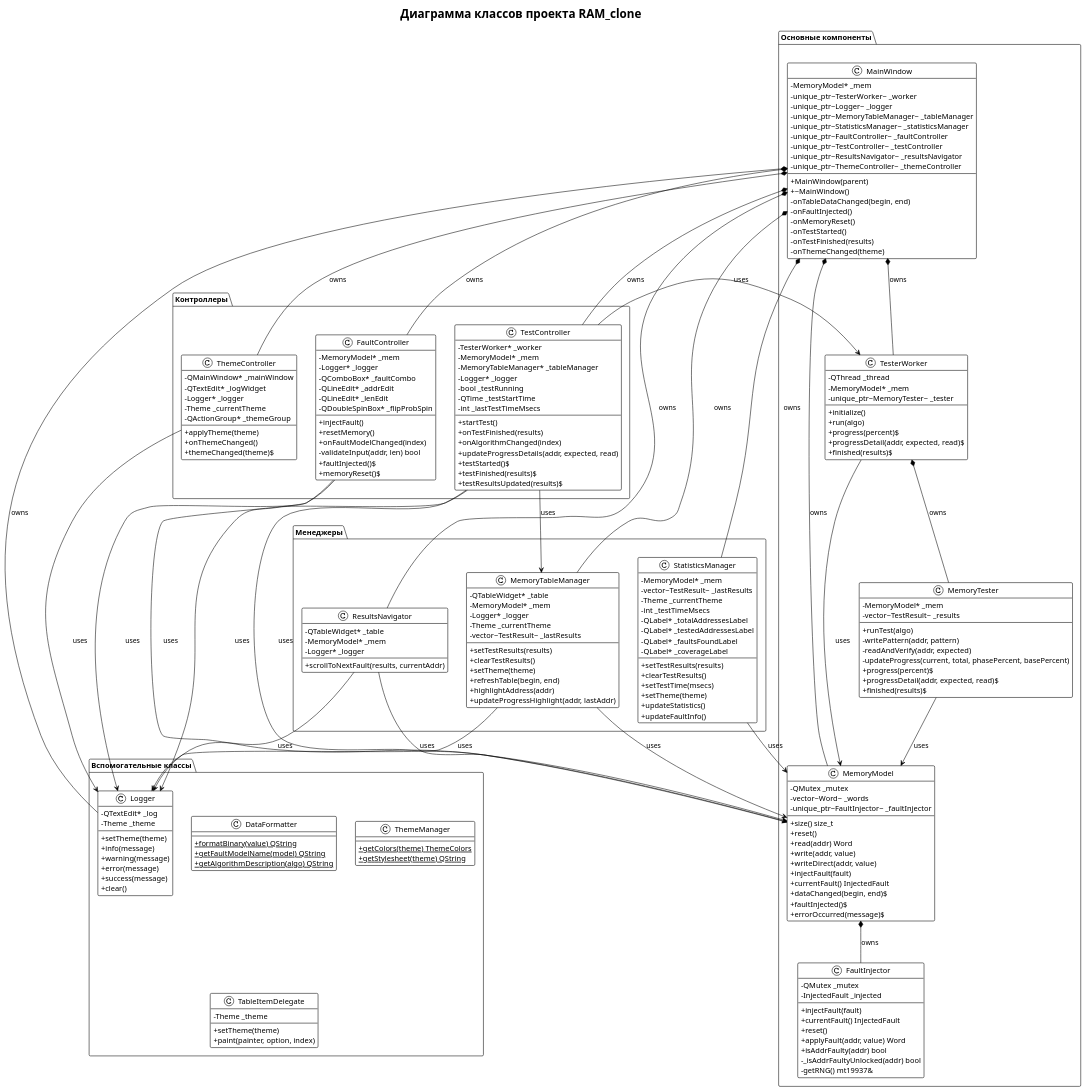
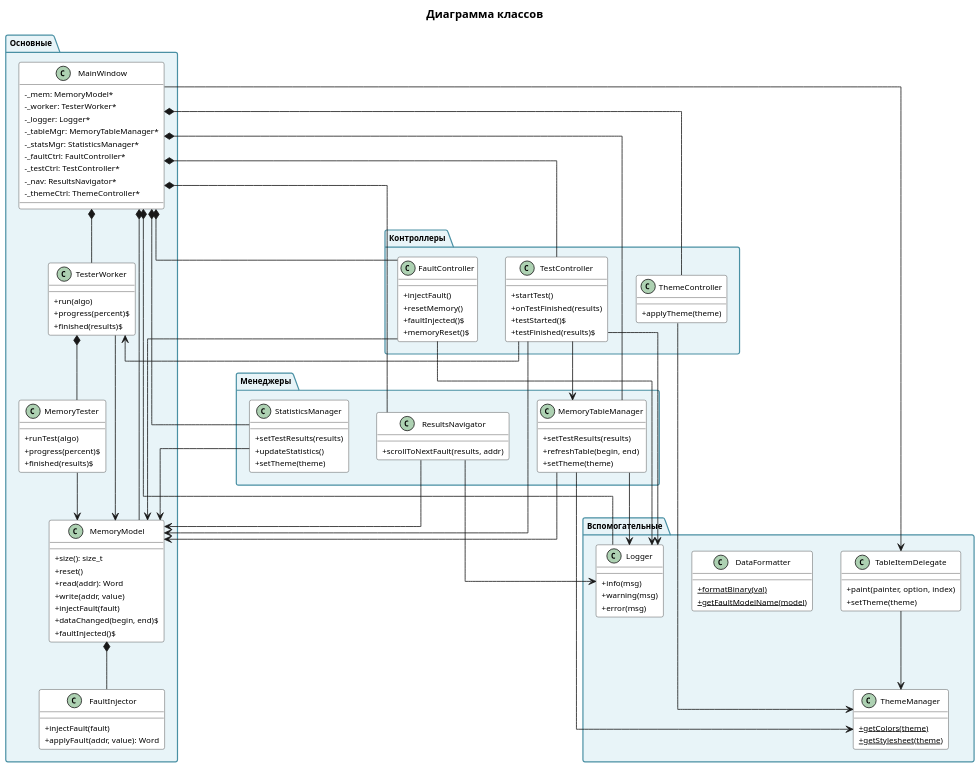
Before and after one commit to Jalet-fry/RAM_clone: the diagram in docs/class_diagram.puml, drawn with PlantUML. The commit also changed 35 other files, not shown here.

Commit message:
docs and diagrams

```diff
--- a/docs/class_diagram.puml
+++ b/docs/class_diagram.puml
@@ -1,225 +1,165 @@
 @startuml class_diagram
-!theme plain
-skinparam classAttributeIconSize 0
+scale 1.5
+skinparam {
+    shadowing false
+    linetype ortho
+    classAttributeIconSize 0
+    classFontSize 10
+    defaultFontSize 10
+    padding 1
+}
 
-title Диаграмма классов проекта RAM_clone
+skinparam package {
+    BackgroundColor #E8F4F8
+    BorderColor #4A90A4
+}
 
-package "Основные компоненты" {
+skinparam class {
+    BackgroundColor #FFF
+    BorderColor #333
+}
+
+title Диаграмма классов
+
+package "Основные" {
     class MainWindow {
-        -MemoryModel* _mem
-        -unique_ptr~TesterWorker~ _worker
-        -unique_ptr~Logger~ _logger
-        -unique_ptr~MemoryTableManager~ _tableManager
-        -unique_ptr~StatisticsManager~ _statisticsManager
-        -unique_ptr~FaultController~ _faultController
-        -unique_ptr~TestController~ _testController
-        -unique_ptr~ResultsNavigator~ _resultsNavigator
-        -unique_ptr~ThemeController~ _themeController
-        +MainWindow(parent)
-        +~MainWindow()
-        -onTableDataChanged(begin, end)
-        -onFaultInjected()
-        -onMemoryReset()
-        -onTestStarted()
-        -onTestFinished(results)
-        -onThemeChanged(theme)
+        -_mem: MemoryModel*
+        -_worker: TesterWorker*
+        -_logger: Logger*
+        -_tableMgr: MemoryTableManager*
+        -_statsMgr: StatisticsManager*
+        -_faultCtrl: FaultController*
+        -_testCtrl: TestController*
+        -_nav: ResultsNavigator*
+        -_themeCtrl: ThemeController*
     }
 
     class MemoryModel {
-        -QMutex _mutex
-        -vector~Word~ _words
-        -unique_ptr~FaultInjector~ _faultInjector
-        +size() size_t
+        +size(): size_t
         +reset()
-        +read(addr) Word
+        +read(addr): Word
         +write(addr, value)
-        +writeDirect(addr, value)
         +injectFault(fault)
-        +currentFault() InjectedFault
         +dataChanged(begin, end)$
         +faultInjected()$
-        +errorOccurred(message)$
     }
 
     class FaultInjector {
-        -QMutex _mutex
-        -InjectedFault _injected
         +injectFault(fault)
-        +currentFault() InjectedFault
-        +reset()
-        +applyFault(addr, value) Word
-        +isAddrFaulty(addr) bool
-        -_isAddrFaultyUnlocked(addr) bool
-        -getRNG() mt19937&
+        +applyFault(addr, value): Word
     }
 
     class MemoryTester {
-        -MemoryModel* _mem
-        -vector~TestResult~ _results
         +runTest(algo)
-        -writePattern(addr, pattern)
-        -readAndVerify(addr, expected)
-        -updateProgress(current, total, phasePercent, basePercent)
         +progress(percent)$
-        +progressDetail(addr, expected, read)$
         +finished(results)$
     }
 
     class TesterWorker {
-        -QThread _thread
-        -MemoryModel* _mem
-        -unique_ptr~MemoryTester~ _tester
-        +initialize()
         +run(algo)
         +progress(percent)$
-        +progressDetail(addr, expected, read)$
         +finished(results)$
     }
 }
 
 package "Контроллеры" {
     class FaultController {
-        -MemoryModel* _mem
-        -Logger* _logger
-        -QComboBox* _faultCombo
-        -QLineEdit* _addrEdit
-        -QLineEdit* _lenEdit
-        -QDoubleSpinBox* _flipProbSpin
         +injectFault()
         +resetMemory()
-        +onFaultModelChanged(index)
-        -validateInput(addr, len) bool
         +faultInjected()$
         +memoryReset()$
     }
 
     class TestController {
-        -TesterWorker* _worker
-        -MemoryModel* _mem
-        -MemoryTableManager* _tableManager
-        -Logger* _logger
-        -bool _testRunning
-        -QTime _testStartTime
-        -int _lastTestTimeMsecs
         +startTest()
         +onTestFinished(results)
-        +onAlgorithmChanged(index)
-        +updateProgressDetails(addr, expected, read)
         +testStarted()$
         +testFinished(results)$
-        +testResultsUpdated(results)$
     }
 
     class ThemeController {
-        -QMainWindow* _mainWindow
-        -QTextEdit* _logWidget
-        -Logger* _logger
-        -Theme _currentTheme
-        -QActionGroup* _themeGroup
         +applyTheme(theme)
-        +onThemeChanged()
-        +themeChanged(theme)$
     }
 }
 
 package "Менеджеры" {
     class MemoryTableManager {
-        -QTableWidget* _table
-        -MemoryModel* _mem
-        -Logger* _logger
-        -Theme _currentTheme
-        -vector~TestResult~ _lastResults
         +setTestResults(results)
-        +clearTestResults()
+        +refreshTable(begin, end)
         +setTheme(theme)
-        +refreshTable(begin, end)
-        +highlightAddress(addr)
-        +updateProgressHighlight(addr, lastAddr)
     }
 
     class StatisticsManager {
-        -MemoryModel* _mem
-        -vector~TestResult~ _lastResults
-        -Theme _currentTheme
-        -int _testTimeMsecs
-        -QLabel* _totalAddressesLabel
-        -QLabel* _testedAddressesLabel
-        -QLabel* _faultsFoundLabel
-        -QLabel* _coverageLabel
         +setTestResults(results)
-        +clearTestResults()
-        +setTestTime(msecs)
+        +updateStatistics()
         +setTheme(theme)
-        +updateStatistics()
-        +updateFaultInfo()
     }
 
     class ResultsNavigator {
-        -QTableWidget* _table
-        -MemoryModel* _mem
-        -Logger* _logger
-        +scrollToNextFault(results, currentAddr)
+        +scrollToNextFault(results, addr)
     }
 }
 
-package "Вспомогательные классы" {
+package "Вспомогательные" {
     class Logger {
-        -QTextEdit* _log
-        -Theme _theme
-        +setTheme(theme)
-        +info(message)
-        +warning(message)
-        +error(message)
-        +success(message)
-        +clear()
+        +info(msg)
+        +warning(msg)
+        +error(msg)
     }
 
     class DataFormatter {
-        +{static} formatBinary(value) QString
-        +{static} getFaultModelName(model) QString
-        +{static} getAlgorithmDescription(algo) QString
+        +{static} formatBinary(val)
+        +{static} getFaultModelName(model)
     }
 
     class ThemeManager {
-        +{static} getColors(theme) ThemeColors
-        +{static} getStylesheet(theme) QString
+        +{static} getColors(theme)
+        +{static} getStylesheet(theme)
     }
 
     class TableItemDelegate {
-        -Theme _theme
+        +paint(painter, option, index)
         +setTheme(theme)
-        +paint(painter, option, index)
     }
 }
 
-' Отношения владения
-MainWindow *-- MemoryModel : owns
-MainWindow *-- TesterWorker : owns
-MainWindow *-- Logger : owns
-MainWindow *-- MemoryTableManager : owns
-MainWindow *-- StatisticsManager : owns
-MainWindow *-- FaultController : owns
-MainWindow *-- TestController : owns
-MainWindow *-- ResultsNavigator : owns
-MainWindow *-- ThemeController : owns
+' Composition relationships (ownership)
+MainWindow *-- MemoryModel
+MainWindow *-- TesterWorker
+MainWindow *-- Logger
+MainWindow *-- MemoryTableManager
+MainWindow *-- StatisticsManager
+MainWindow *-- FaultController
+MainWindow *-- TestController
+MainWindow *-- ResultsNavigator
+MainWindow *-- ThemeController
+MainWindow --> TableItemDelegate
 
-MemoryModel *-- FaultInjector : owns
-TesterWorker *-- MemoryTester : owns
+MemoryModel *-- FaultInjector
+TesterWorker *-- MemoryTester
 
-' Отношения использования
-TesterWorker --> MemoryModel : uses
-MemoryTester --> MemoryModel : uses
-FaultController --> MemoryModel : uses
-FaultController --> Logger : uses
-TestController --> TesterWorker : uses
-TestController --> MemoryModel : uses
-TestController --> MemoryTableManager : uses
-TestController --> Logger : uses
-MemoryTableManager --> MemoryModel : uses
-MemoryTableManager --> Logger : uses
-StatisticsManager --> MemoryModel : uses
-ResultsNavigator --> MemoryModel : uses
-ResultsNavigator --> Logger : uses
-ThemeController --> Logger : uses
+' Core dependencies
+TesterWorker --> MemoryModel
+MemoryTester --> MemoryModel
+
+' Controller dependencies
+FaultController --> MemoryModel
+FaultController --> Logger
+TestController --> TesterWorker
+TestController --> MemoryModel
+TestController --> MemoryTableManager
+TestController --> Logger
+ThemeController --> ThemeManager
+
+' Manager dependencies
+MemoryTableManager --> MemoryModel
+MemoryTableManager --> Logger
+MemoryTableManager --> ThemeManager
+StatisticsManager --> MemoryModel
+ResultsNavigator --> MemoryModel
+ResultsNavigator --> Logger
+
+' UI dependencies
+TableItemDelegate --> ThemeManager
 
 @enduml
```
